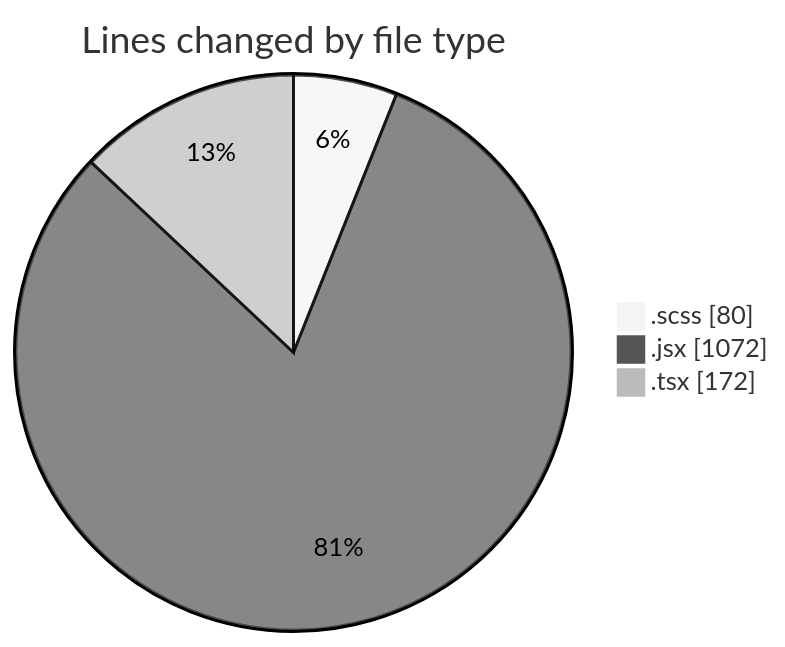
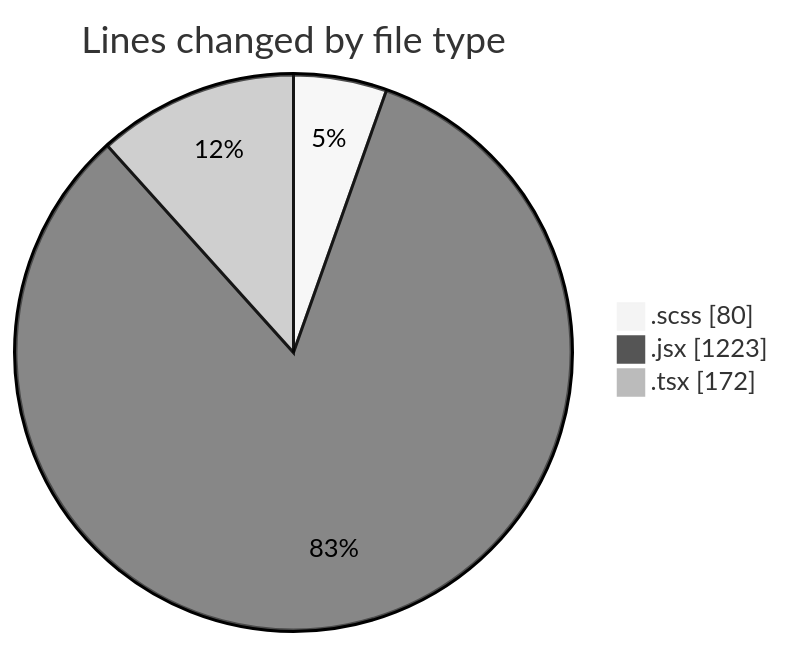
One commit to momahboobian/code-tracking changed the first of 2 diagrams in 2025-06-03/cda/README.md. Above: the diagram before and after it, drawn with Mermaid (neutral theme). The commit also changed other lines of this file and 1 other file, not shown here.

````diff
--- a/2025-06-03/cda/README.md
+++ b/2025-06-03/cda/README.md
@@ -24,7 +24,7 @@
 ```mermaid
 pie showData
 title Lines changed by file type
 ".scss" : 80
-".jsx" : 1072
+".jsx" : 1223
 ".tsx" : 172
 ```
````
